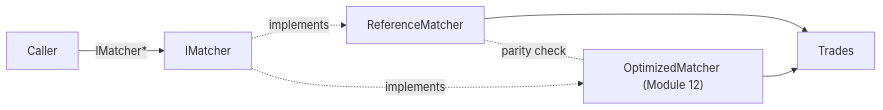
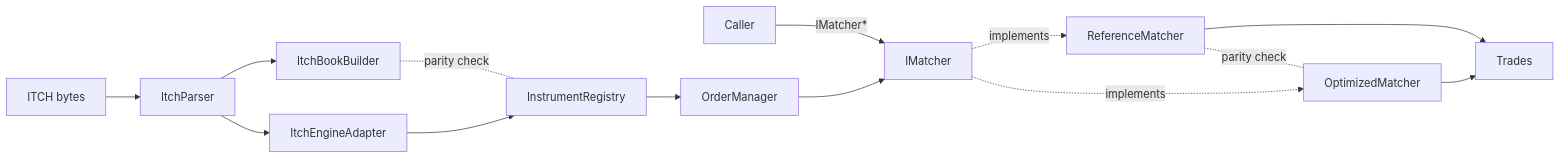
Before and after one commit to Neural-Knight/Titan-Engine: the diagram in docs/architecture.md, drawn with Mermaid. The commit also changed other lines of this file and 21 other files, not shown here.

Commit message:
Introduce BacktestRunner and IStrategy on top of EventReplayer, backtest_run CLI for fill and order accounting from the event log, integration tests, and backtest-notes documenting v1 scope versus replay_engine parity tooling.

````diff
--- a/docs/architecture.md
+++ b/docs/architecture.md
@@ -22,9 +43,17 @@
 ```mermaid
 flowchart LR
     Caller -->|IMatcher*| IMatcher
     IMatcher -.implements.-> ReferenceMatcher
-    IMatcher -.implements.-> OptimizedMatcher["OptimizedMatcher (Module 12)"]
+    IMatcher -.implements.-> OptimizedMatcher
     ReferenceMatcher --> Trades
     OptimizedMatcher --> Trades
     ReferenceMatcher -.parity check.- OptimizedMatcher
+
+    ItchBytes[ITCH bytes] --> Parser[ItchParser]
+    Parser --> BookBuilder[ItchBookBuilder]
+    Parser --> Adapter[ItchEngineAdapter]
+    Adapter --> Registry[InstrumentRegistry]
+    Registry --> OrderManager
+    OrderManager --> IMatcher
+    BookBuilder -.parity check.- Registry
 ```
````
